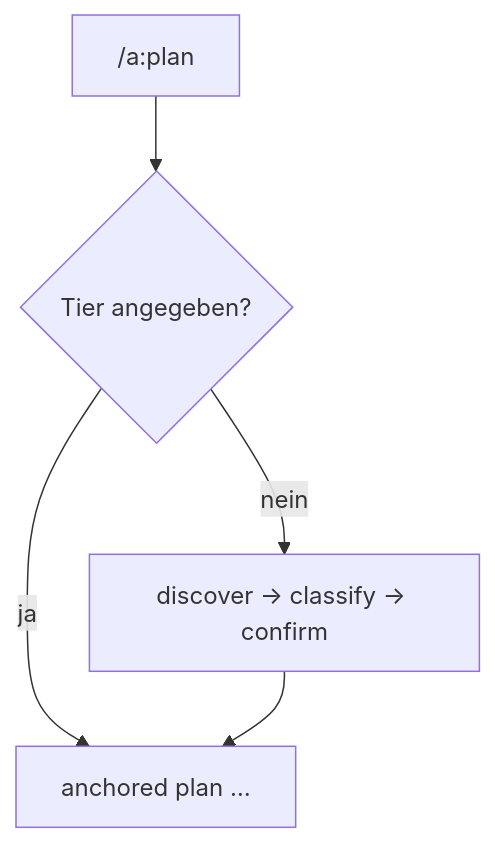
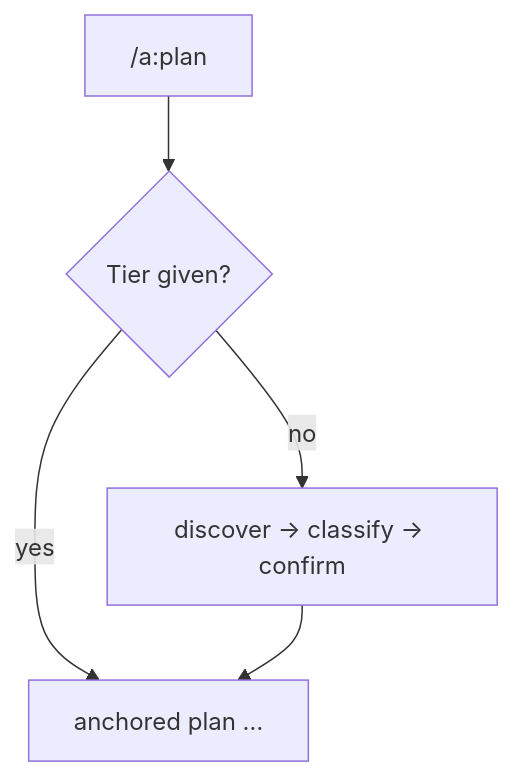
The diagram in docs/plugin/skills/plan.md (chafoo/anchored), drawn with Mermaid before and after one commit. The commit also changed other lines of this file and 131 other files, not shown here.

````diff
--- a/docs/plugin/skills/plan.md
+++ b/docs/plugin/skills/plan.md
@@ -18,7 +18,7 @@
 ```mermaid
 flowchart TB
-    p["/a:plan <args>"] --> t{"Tier angegeben?"}
-    t -->|nein| d["discover → classify → confirm"]
-    t -->|ja| s["anchored plan <tier> …"]
+    p["/a:plan <args>"] --> t{"Tier given?"}
+    t -->|no| d["discover → classify → confirm"]
+    t -->|yes| s["anchored plan <tier> …"]
     d --> s
 ```
````
